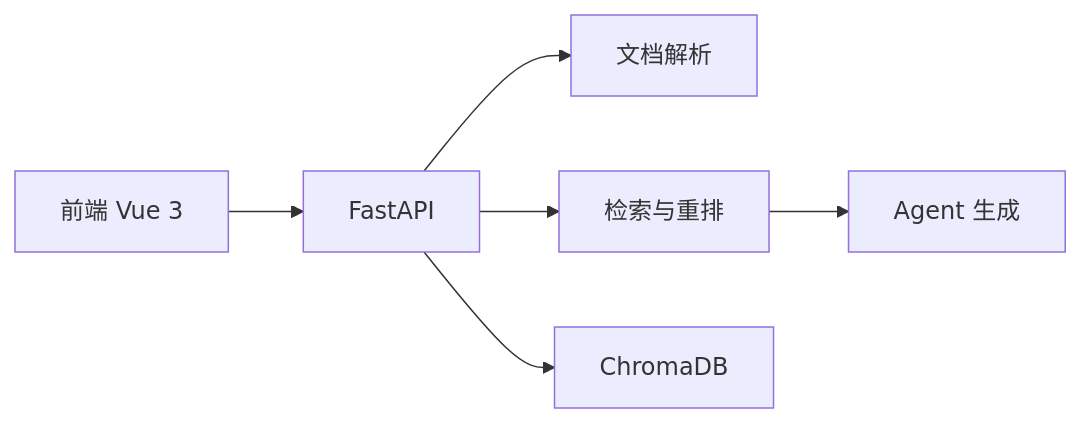
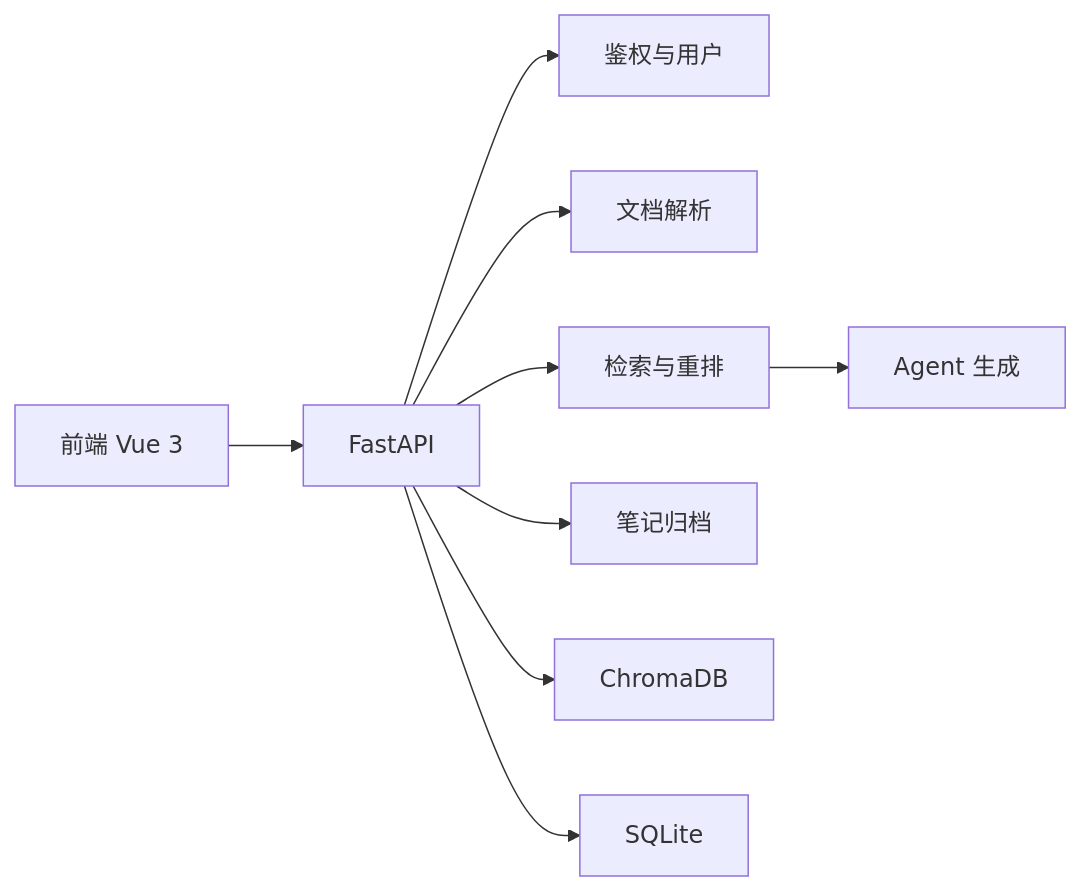
One commit to emotion-exit/rag-agent changed the first of 5 diagrams in docs/项目功能解析与实践总结.md. Above: the diagram before and after it, drawn with Mermaid. The commit also changed other lines of this file and 16 other files, not shown here.

````diff
--- a/docs/项目功能解析与实践总结.md
+++ b/docs/项目功能解析与实践总结.md
@@ -9,8 +9,11 @@
 ```mermaid
 flowchart LR
 	A[前端 Vue 3] --> B[FastAPI]
+	B --> B1[鉴权与用户]
 	B --> C[文档解析]
 	B --> D[检索与重排]
 	D --> E[Agent 生成]
+	B --> N[笔记归档]
 	B --> F[ChromaDB]
+	B --> G[SQLite]
 ```
````
